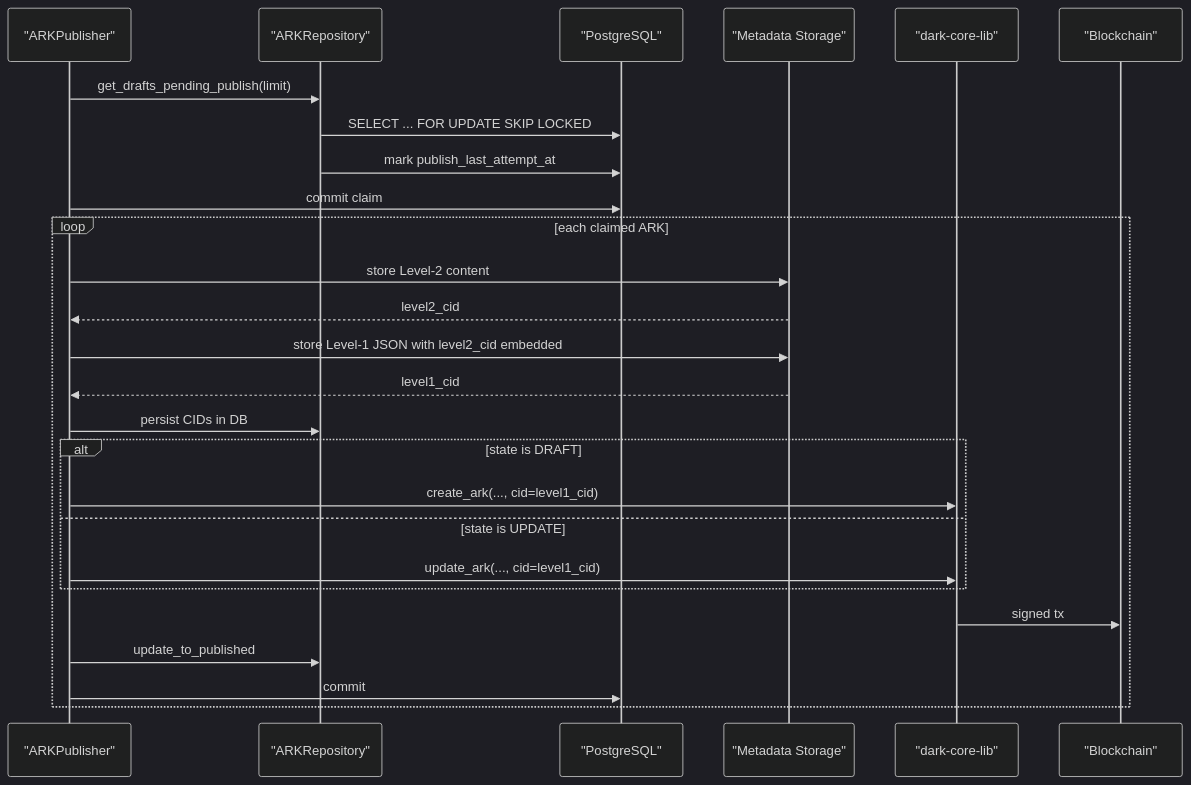
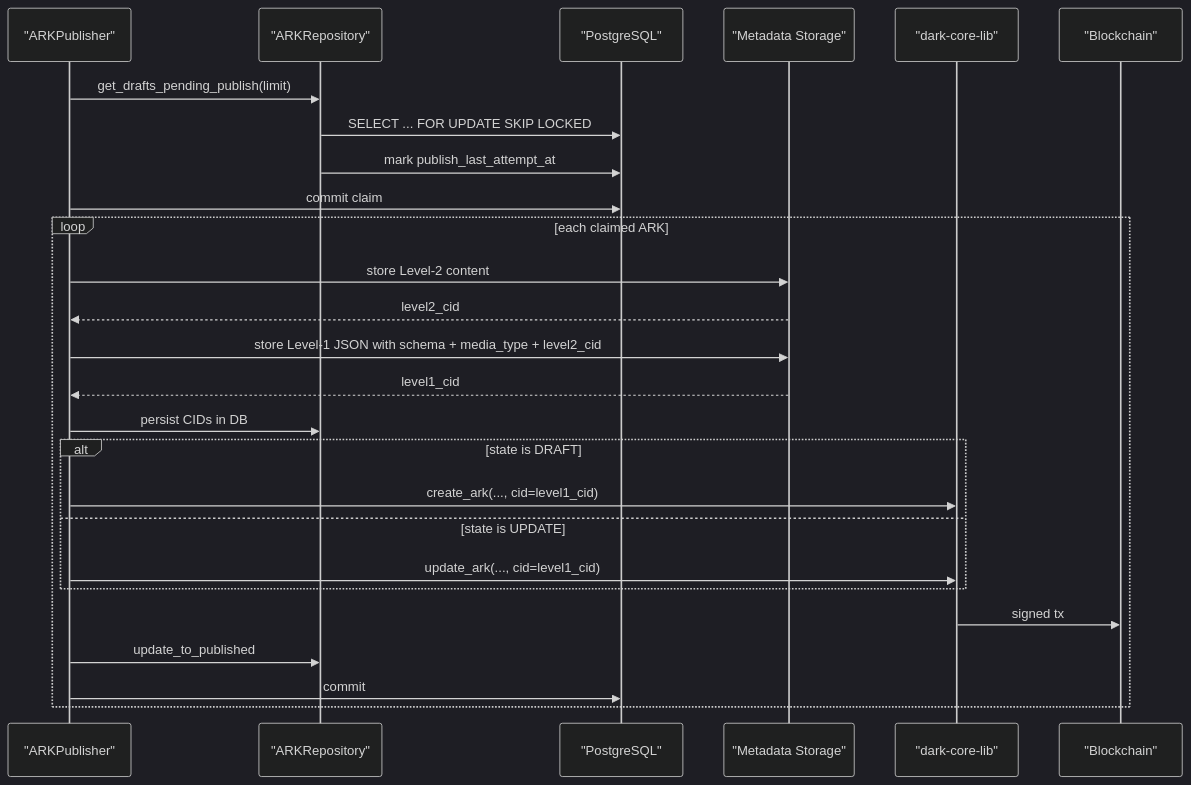
The sixth of 12 diagrams in README.md (LA-Referencia-IOI/dark-core-minter-api), drawn with Mermaid (dark theme) before and after one commit. The commit also changed other lines of this file and 12 other files, not shown here.

First line of the commit message:
Use store_api (port 8003) and add L1 media_type

````diff
--- a/README.md
+++ b/README.md
@@ -206,30 +206,30 @@
 ```mermaid
 sequenceDiagram
     participant Worker as "ARKPublisher"
     participant Repo as "ARKRepository"
     participant DB as "PostgreSQL"
     participant Store as "Metadata Storage"
     participant Core as "dark-core-lib"
     participant Chain as "Blockchain"
 
     Worker->>Repo: get_drafts_pending_publish(limit)
     Repo->>DB: SELECT ... FOR UPDATE SKIP LOCKED
     Repo->>DB: mark publish_last_attempt_at
     Worker->>DB: commit claim
 
     loop each claimed ARK
         Worker->>Store: store Level-2 content
         Store-->>Worker: level2_cid
-        Worker->>Store: store Level-1 JSON with level2_cid embedded
+        Worker->>Store: store Level-1 JSON with schema + media_type + level2_cid
         Store-->>Worker: level1_cid
         Worker->>Repo: persist CIDs in DB
         alt state is DRAFT
             Worker->>Core: create_ark(..., cid=level1_cid)
         else state is UPDATE
             Worker->>Core: update_ark(..., cid=level1_cid)
         end
         Core->>Chain: signed tx
         Worker->>Repo: update_to_published
         Worker->>DB: commit
     end
 ```
````
